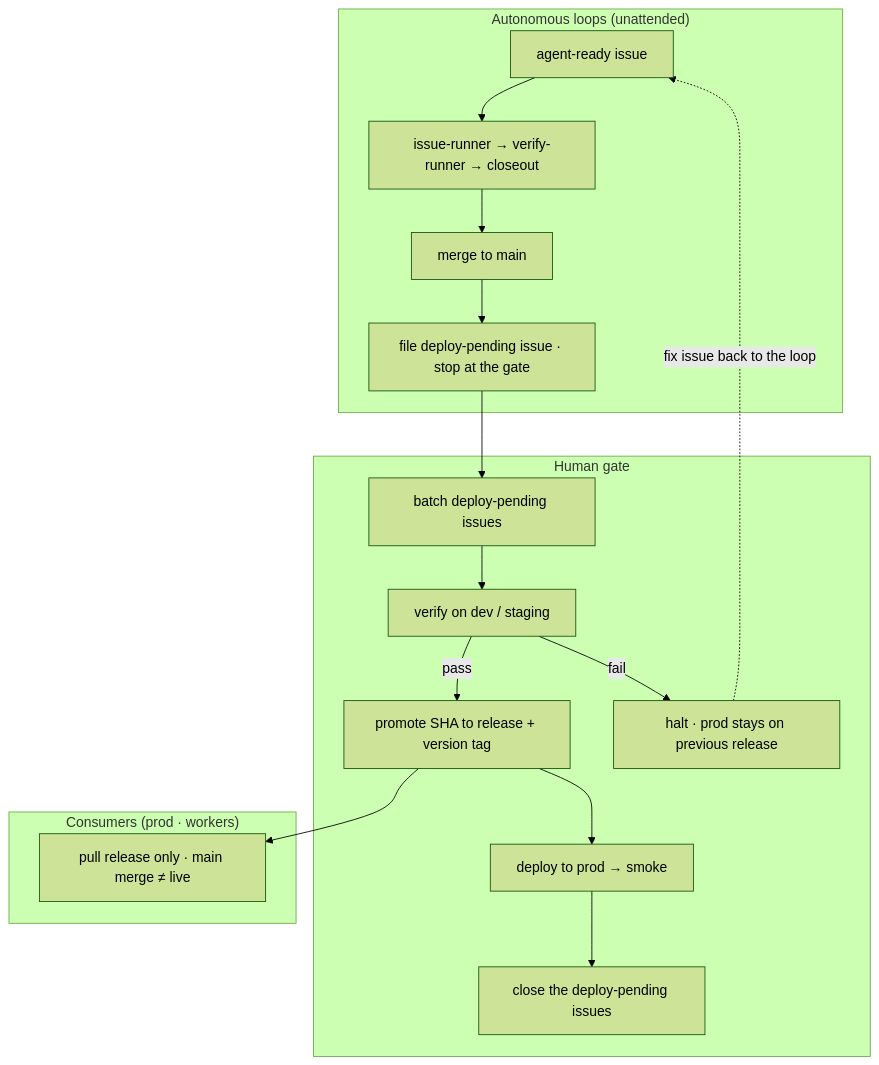
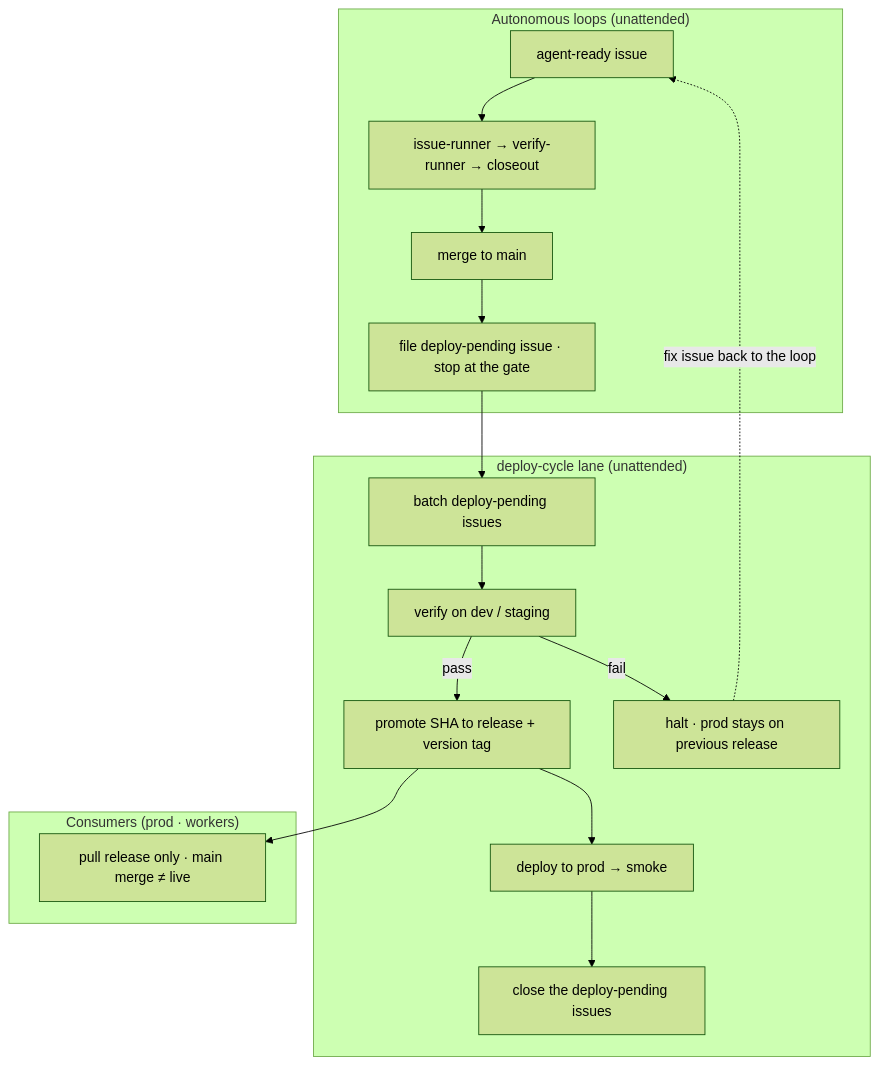
One commit to ggqgga/issue-runner changed the second of 2 diagrams in README.md. Above: the diagram before and after it, drawn with Mermaid (forest theme). The commit also changed other lines of this file and 4 other files, not shown here.

First line of the commit message:
'사람 게이트' 잔여 두 자리 — README 한/영 배포 절 + closeout 5단계 진입 조건을 deploy-cycle 레인 주어로 (#310) (#326)

````diff
--- a/README.md
+++ b/README.md
@@ -164,21 +164,21 @@
 ```mermaid
 flowchart TD
   subgraph auto["Autonomous loops (unattended)"]
     A1["agent-ready issue"] --> A2["issue-runner → verify-runner → closeout"]
     A2 --> A3["merge to main"]
     A3 --> A4["file deploy-pending issue · stop at the gate"]
   end
-  subgraph human["Human gate"]
+  subgraph lane["deploy-cycle lane (unattended)"]
     H1["batch deploy-pending issues"] --> H2["verify on dev / staging"]
     H2 -->|pass| H3["promote SHA to release + version tag"]
     H3 --> H4["deploy to prod → smoke"]
     H4 --> H5["close the deploy-pending issues"]
     H2 -->|fail| H6["halt · prod stays on previous release"]
   end
   subgraph consumer["Consumers (prod · workers)"]
     C1["pull release only · main merge ≠ live"]
   end
   A4 --> H1
   H3 --> C1
   H6 -.->|fix issue back to the loop| A1
 ```
````
